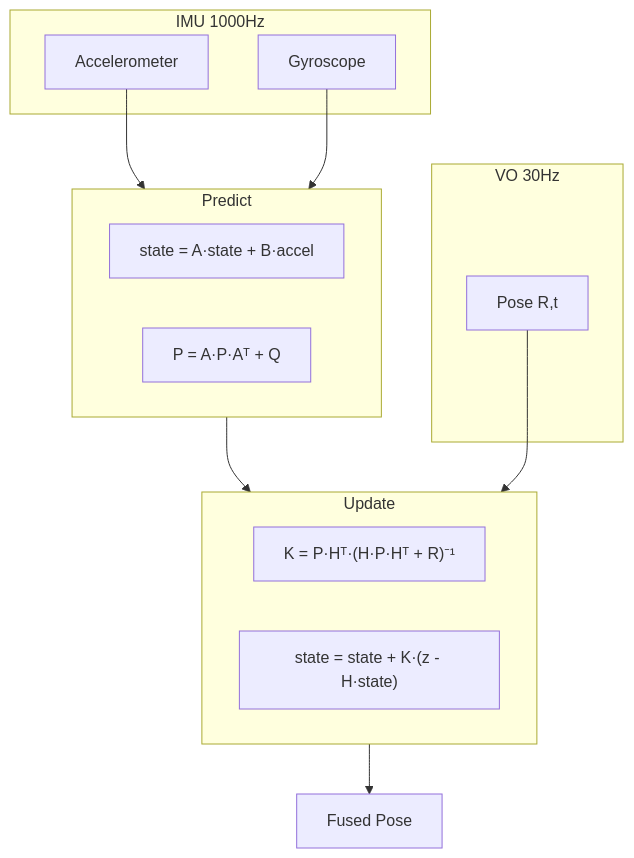
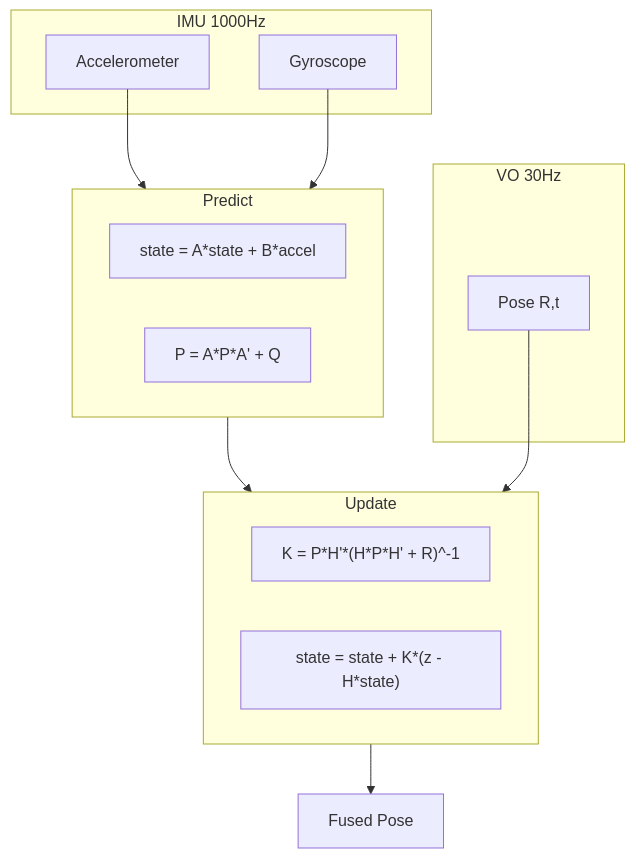
Before and after one commit to robertteleng/aria-slam: the seventh of 10 diagrams in README.md, drawn with Mermaid. The commit also changed other lines of this file, not shown here.

````diff
--- a/README.md
+++ b/README.md
@@ -296,27 +296,27 @@
 ```mermaid
 flowchart TD
     subgraph IMU["IMU 1000Hz"]
         ACC[Accelerometer]
         GYRO[Gyroscope]
     end
-    
+
     subgraph Predict
-        A["state = A·state + B·accel"]
-        B["P = A·P·Aᵀ + Q"]
+        A["state = A*state + B*accel"]
+        B["P = A*P*A' + Q"]
     end
-    
+
     subgraph VO["VO 30Hz"]
         POSE[Pose R,t]
     end
-    
+
     subgraph Update
-        C["K = P·Hᵀ·(H·P·Hᵀ + R)⁻¹"]
-        D["state = state + K·(z - H·state)"]
+        C["K = P*H'*(H*P*H' + R)^-1"]
+        D["state = state + K*(z - H*state)"]
     end
-    
+
     ACC --> Predict
     GYRO --> Predict
     Predict --> Update
     POSE --> Update
     Update --> OUTPUT[Fused Pose]
 ```
````
